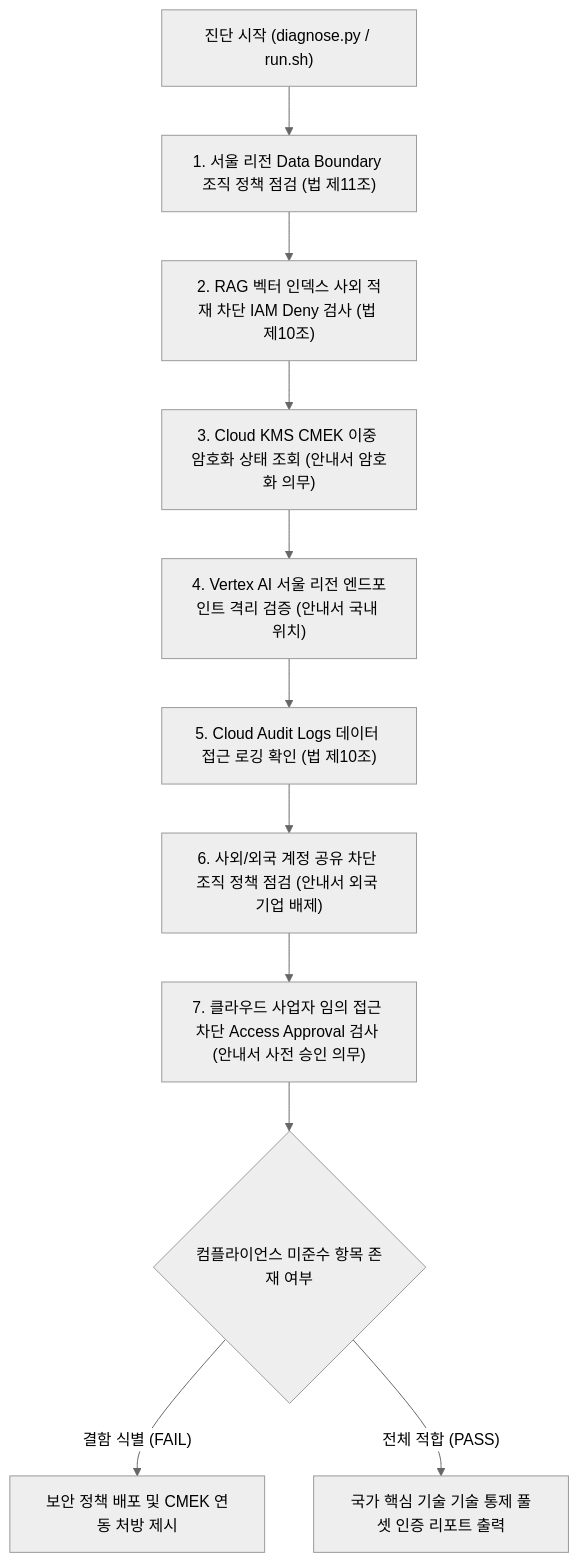
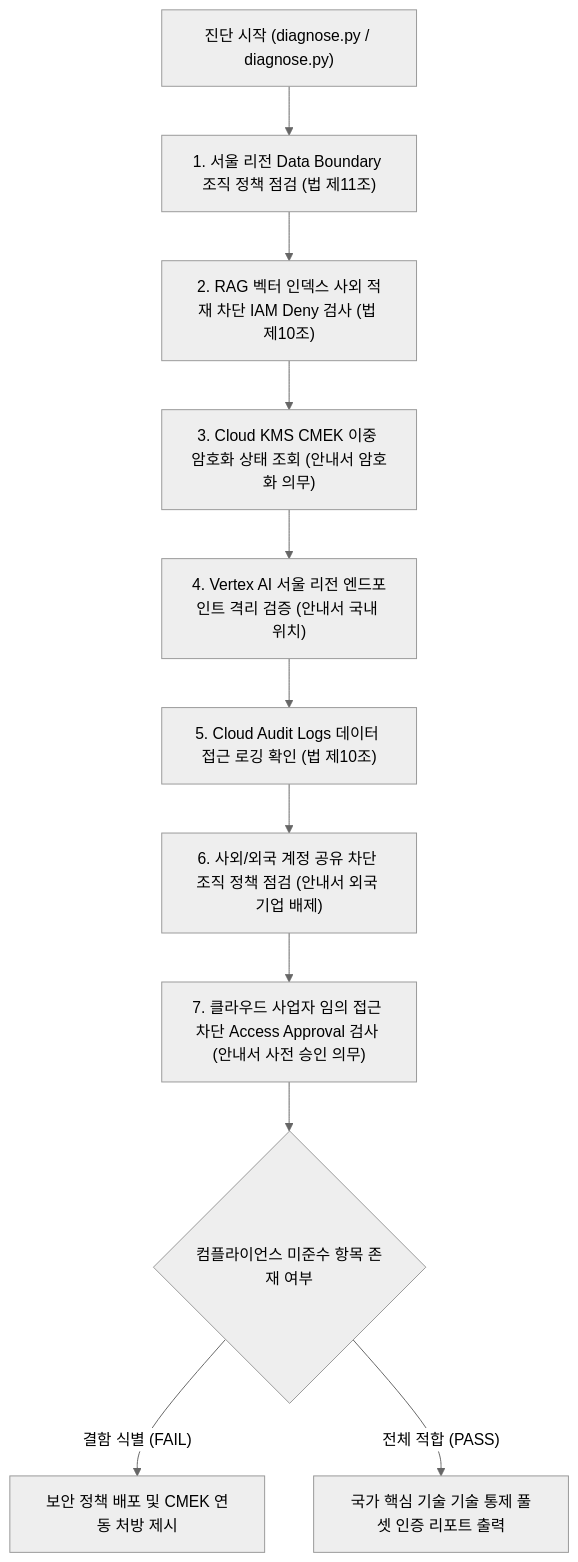
The diagram in samples/korea-nct-gen-ai-compliance-checker/README.md (jiangjun-forge/google-cloud-0-to-1), drawn with Mermaid (neutral theme) before and after one commit. The commit also changed other lines of this file and 180 other files, not shown here.

````diff
--- a/samples/korea-nct-gen-ai-compliance-checker/README.md
+++ b/samples/korea-nct-gen-ai-compliance-checker/README.md
@@ -45,13 +45,13 @@
 ```mermaid
 graph TD
-    A["진단 시작 (diagnose.py / run.sh)"] --> B["1. 서울 리전 Data Boundary 조직 정책 점검 (법 제11조)"]
+    A["진단 시작 (diagnose.py / diagnose.py)"] --> B["1. 서울 리전 Data Boundary 조직 정책 점검 (법 제11조)"]
     B --> C["2. RAG 벡터 인덱스 사외 적재 차단 IAM Deny 검사 (법 제10조)"]
     C --> D["3. Cloud KMS CMEK 이중 암호화 상태 조회 (안내서 암호화 의무)"]
     D --> E["4. Vertex AI 서울 리전 엔드포인트 격리 검증 (안내서 국내 위치)"]
     E --> F["5. Cloud Audit Logs 데이터 접근 로깅 확인 (법 제10조)"]
     F --> G["6. 사외/외국 계정 공유 차단 조직 정책 점검 (안내서 외국 기업 배제)"]
     G --> H["7. 클라우드 사업자 임의 접근 차단 Access Approval 검사 (안내서 사전 승인 의무)"]
     H --> I{"컴플라이언스 미준수 항목 존재 여부"}
     I -- "결함 식별 (FAIL)" --> J["보안 정책 배포 및 CMEK 연동 처방 제시"]
     I -- "전체 적합 (PASS)" --> K["국가 핵심 기술 기술 통제 풀셋 인증 리포트 출력"]
 ```
````
